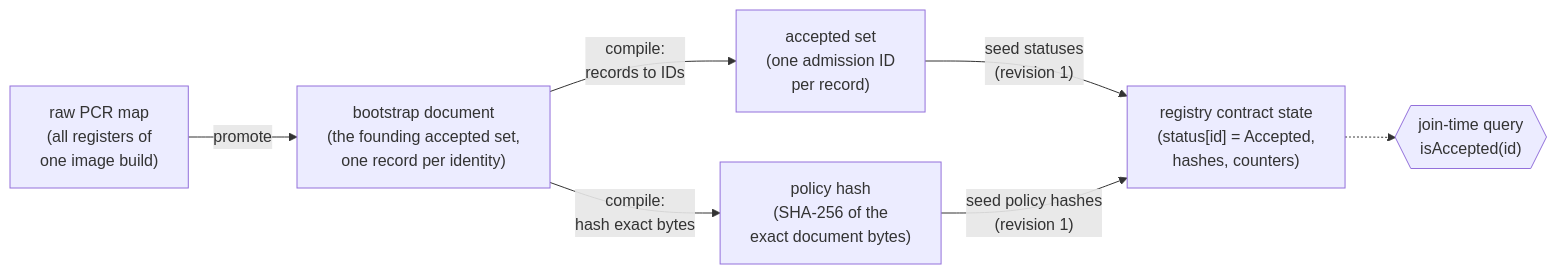
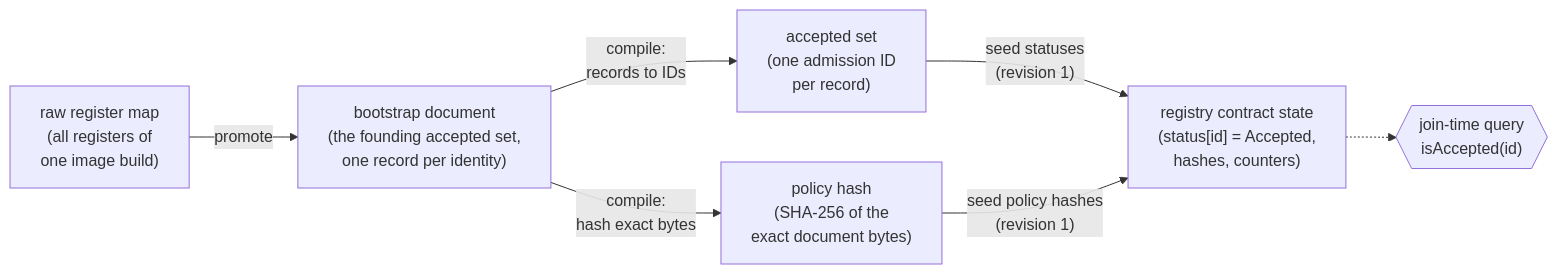
The first of 2 diagrams in crates/measurement-admission/SPEC.md (SeismicSystems/enclave), drawn with Mermaid before and after one commit. The commit also changed other lines of this file and 29 other files, not shown here.

````diff
--- a/crates/measurement-admission/SPEC.md
+++ b/crates/measurement-admission/SPEC.md
@@ -68,16 +68,16 @@
 ```mermaid
 flowchart LR
-    raw["raw PCR map<br/>(all registers of<br/>one image build)"]
+    raw["raw register map<br/>(all registers of<br/>one image build)"]
     doc["bootstrap document<br/>(the founding accepted set,<br/>one record per identity)"]
     set["accepted set<br/>(one admission ID<br/>per record)"]
     hash["policy hash<br/>(SHA-256 of the<br/>exact document bytes)"]
     state["registry contract state<br/>(status[id] = Accepted,<br/>hashes, counters)"]
     query{{"join-time query<br/>isAccepted(id)"}}
 
     raw -- "promote" --> doc
     doc -- "compile:<br/>records to IDs" --> set
     doc -- "compile:<br/>hash exact bytes" --> hash
     set -- "seed statuses<br/>(revision 1)" --> state
     hash -- "seed policy hashes<br/>(revision 1)" --> state
     state -.-> query
 ```
````
